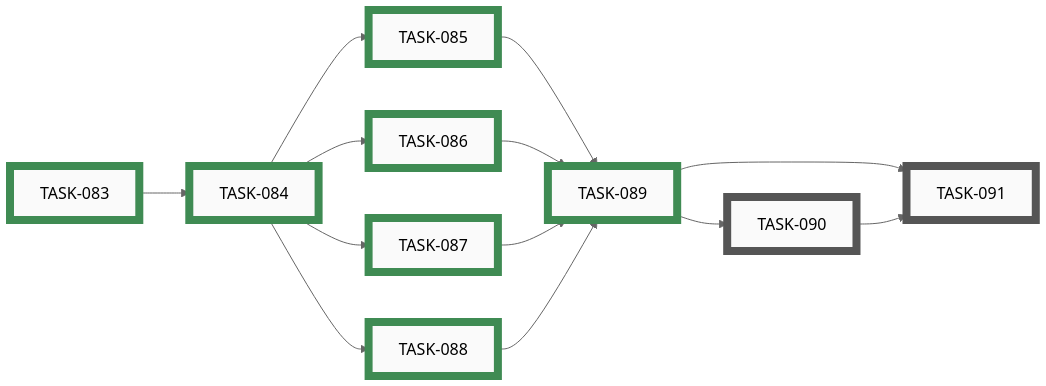
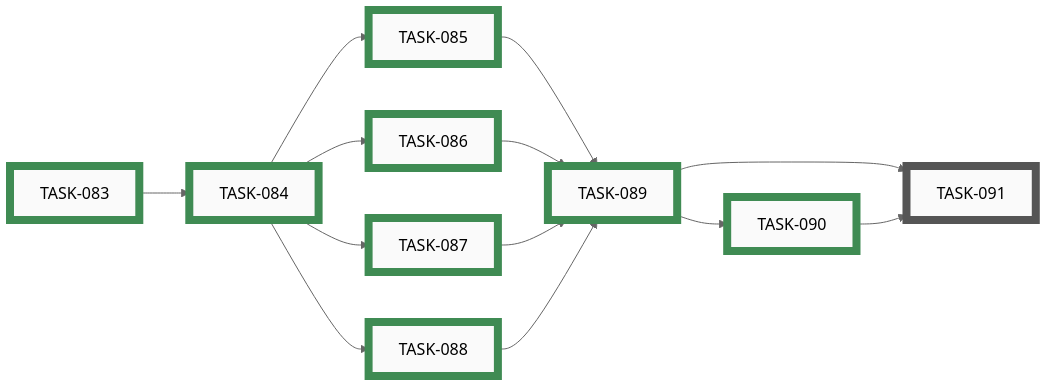
One commit to tgd1975/CircuitSmith changed diagram 11 of 15 in docs/developers/tasks/EPICS.md. Above: the diagram before and after it, drawn with Mermaid (neutral theme). The commit also changed other lines of this file and 9 other files, not shown here.

First line of the commit message:
close TASK-090: triage coverage gaps into follow-up tasks and ideas

````diff
--- a/docs/developers/tasks/EPICS.md
+++ b/docs/developers/tasks/EPICS.md
@@ -661,41 +661,41 @@
 ```mermaid
 graph LR
-    TASK_090["TASK-090"]:::open
     TASK_091["TASK-091"]:::open
     TASK_083["TASK-083"]:::closed
     TASK_084["TASK-084"]:::closed
     TASK_085["TASK-085"]:::closed
     TASK_086["TASK-086"]:::closed
     TASK_087["TASK-087"]:::closed
     TASK_088["TASK-088"]:::closed
     TASK_089["TASK-089"]:::closed
-    TASK_089 --> TASK_090
+    TASK_090["TASK-090"]:::closed
     TASK_089 --> TASK_091
     TASK_090 --> TASK_091
     TASK_083 --> TASK_084
     TASK_084 --> TASK_085
     TASK_084 --> TASK_086
     TASK_084 --> TASK_087
     TASK_084 --> TASK_088
     TASK_085 --> TASK_089
     TASK_086 --> TASK_089
     TASK_087 --> TASK_089
     TASK_088 --> TASK_089
-    click TASK_090 "open/task-090-file-followup-tasks-for-coverage-gaps.md"
+    TASK_089 --> TASK_090
     click TASK_091 "open/task-091-ci-staleness-check-for-test-plan.md"
     click TASK_083 "closed/task-083-scaffold-testing-docs-directory.md"
     click TASK_084 "closed/task-084-inventory-existing-test-surface.md"
     click TASK_085 "closed/task-085-document-schema-and-netgraph-test-plan.md"
     click TASK_086 "closed/task-086-document-layout-and-router-test-plan.md"
     click TASK_087 "closed/task-087-document-renderer-and-erc-test-plan.md"
     click TASK_088 "closed/task-088-document-exporters-orchestration-ci-test-plan.md"
     click TASK_089 "closed/task-089-write-top-level-coverage-matrix.md"
+    click TASK_090 "closed/task-090-file-followup-tasks-for-coverage-gaps.md"
     classDef open    fill:#FAFAFA,stroke:#555,stroke-width:8px,color:#000
     classDef active  fill:#FAFAFA,stroke:#1A6FA8,stroke-width:8px,color:#000
     classDef closed  fill:#FAFAFA,stroke:#3F8B53,stroke-width:8px,color:#000
     classDef paused  fill:#FAFAFA,stroke:#B07810,stroke-width:8px,color:#000
     classDef openExt    fill:#000,stroke:#888,stroke-width:8px,color:#FFF
     classDef activeExt  fill:#000,stroke:#3FA9F5,stroke-width:8px,color:#FFF
     classDef closedExt  fill:#000,stroke:#7CC68A,stroke-width:8px,color:#FFF
     classDef pausedExt  fill:#000,stroke:#F0B030,stroke-width:8px,color:#FFF
 ```
````
